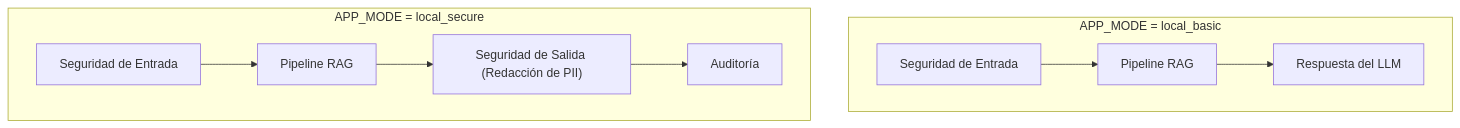
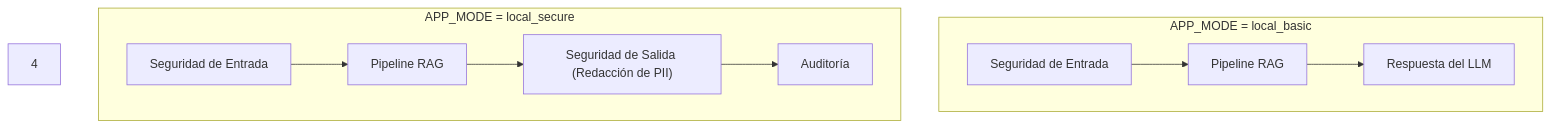
The second of 3 diagrams in secure-rag-from-scratch/README_ES.md (RescribanoSecurity/AI-SecurityProjects), drawn with Mermaid before and after one commit. The commit also changed other lines of this file, not shown here.

````diff
--- a/secure-rag-from-scratch/README_ES.md
+++ b/secure-rag-from-scratch/README_ES.md
@@ -47,18 +69,19 @@
 ```mermaid
 flowchart TB
-    subgraph LocalBasico["APP_MODE = local_basic"]
+    subgraph LocalBasic["APP_MODE = local_basic"]
         LB1["Seguridad de Entrada"]
         LB2["Pipeline RAG"]
         LB3["Respuesta del LLM"]
     end
 
-    subgraph LocalSeguro["APP_MODE = local_secure"]
+    subgraph LocalSecure["APP_MODE = local_secure"]
         LS1["Seguridad de Entrada"]
         LS2["Pipeline RAG"]
         LS3["Seguridad de Salida (Redacción de PII)"]
         LS4["Auditoría"]
     end
 
     LB1 --> LB2 --> LB3
     LS1 --> LS2 --> LS3 --> LS4
+4
 ```
````
